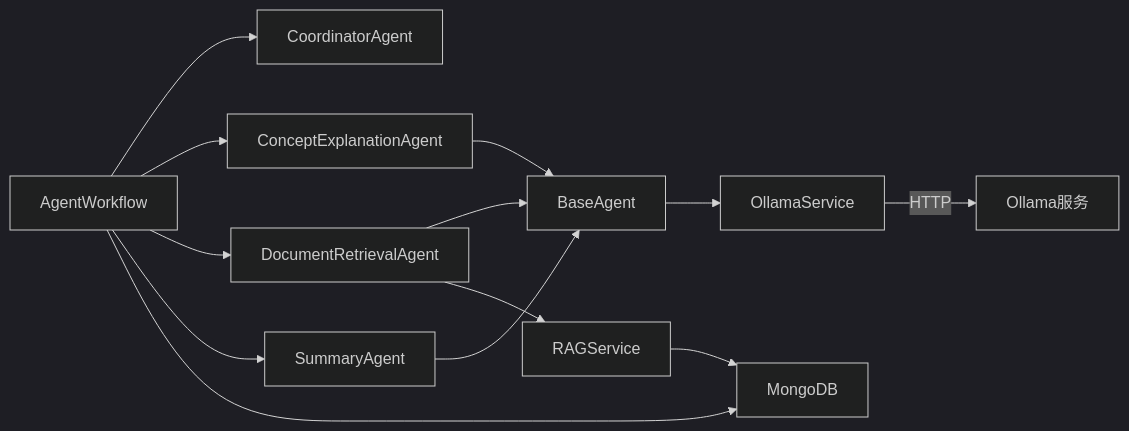
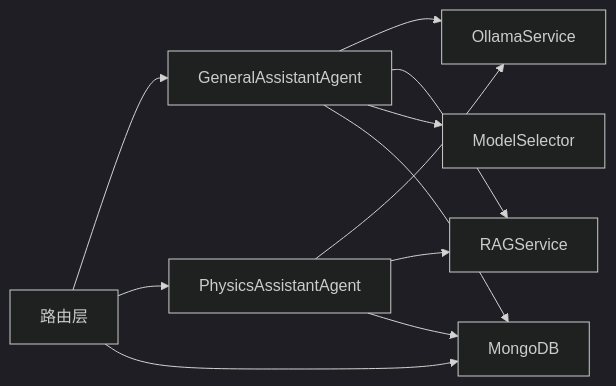
Before and after one commit to iammm0/advanced-rag: the seventh of 7 diagrams in .qoder/repowiki/zh/content/核心功能模块/AI代理系统/代理工作流编排.md, drawn with Mermaid (dark theme). The commit also changed other lines of this file and 12 other files, not shown here.

````diff
--- a/.qoder/repowiki/zh/content/核心功能模块/AI代理系统/代理工作流编排.md
+++ b/.qoder/repowiki/zh/content/核心功能模块/AI代理系统/代理工作流编排.md
@@ -341,15 +263,13 @@
 ```mermaid
 graph LR
-WF["AgentWorkflow"] --> Coord["CoordinatorAgent"]
-WF --> Exp1["ConceptExplanationAgent"]
-WF --> Exp2["DocumentRetrievalAgent"]
-WF --> Exp3["SummaryAgent"]
-Exp1 --> BA["BaseAgent"]
-Exp2 --> BA
-Exp3 --> BA
-BA --> OS["OllamaService"]
-Exp2 --> RS["RAGService"]
-WF --> MDB["MongoDB"]
-RS --> MDB
-OS --> |HTTP| Ollama["Ollama服务"]
+GA["GeneralAssistantAgent"] --> Ollama["OllamaService"]
+GA --> RAG["RAGService"]
+GA --> MS["ModelSelector"]
+PA["PhysicsAssistantAgent"] --> Ollama
+PA --> RAG
+Router["路由层"] --> GA
+Router --> PA
+Router --> MDB["MongoDB"]
+GA --> MDB
+PA --> MDB
 ```
````
